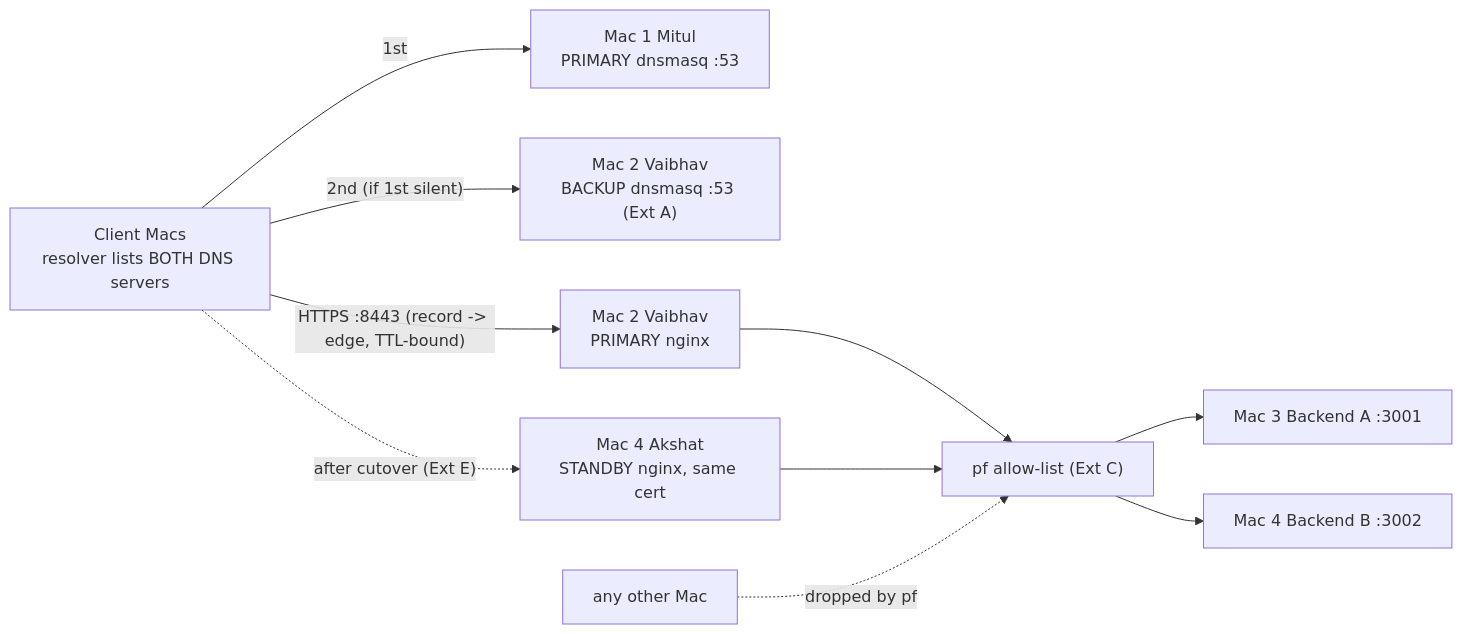
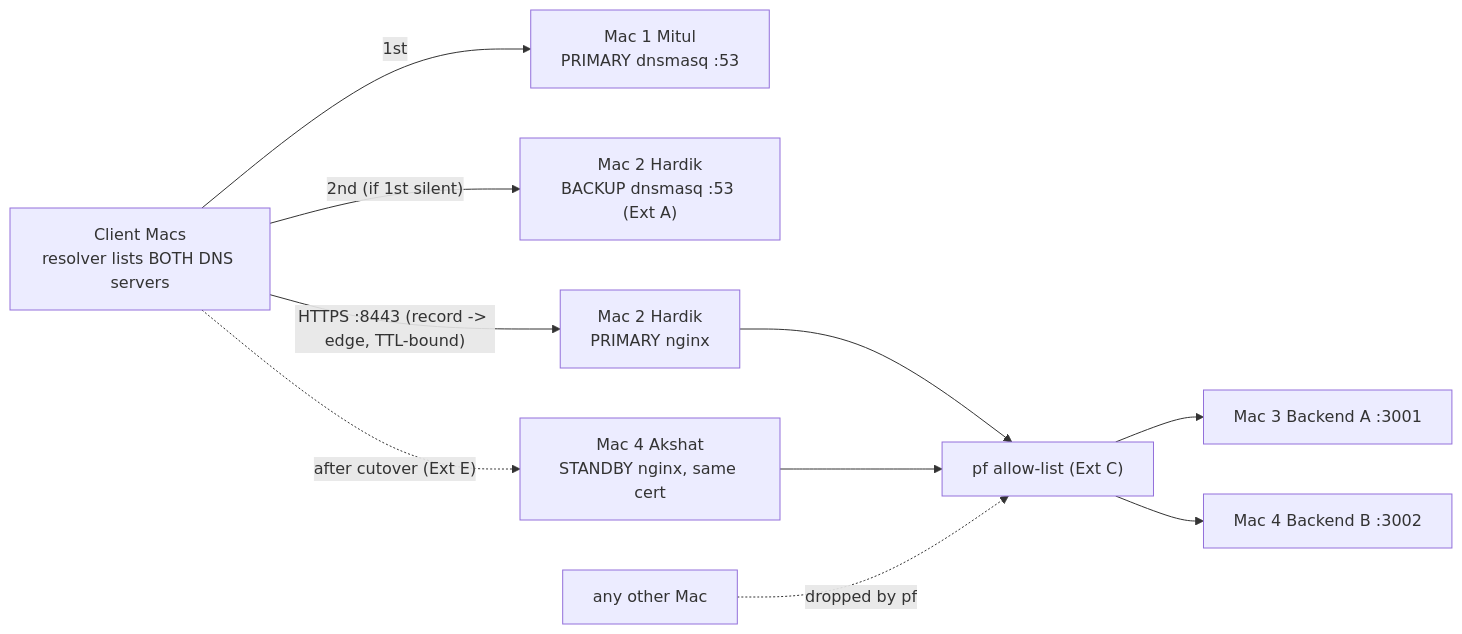
Before and after one commit to KartikMehra22/CN-Project: the seventh of 7 diagrams in docs/diagrams.md, drawn with Mermaid. The commit also changed other lines of this file and 38 other files, not shown here.

First line of the commit message:
refactor: swap Kartik Mehra and Prajwal (Mac 2 = Kartik Mehra edge, Mac 3 = Prajwal Backend A) (#3)

````diff
--- a/docs/diagrams.md
+++ b/docs/diagrams.md
@@ -80,12 +80,12 @@
 ```mermaid
 flowchart LR
   C["Client Macs<br/>resolver lists BOTH DNS servers"] -->|"1st"| D1["Mac 1 Mitul<br/>PRIMARY dnsmasq :53"]
-  C -->|"2nd (if 1st silent)"| D2["Mac 2 Vaibhav<br/>BACKUP dnsmasq :53 (Ext A)"]
-  C -->|"HTTPS :8443 (record -> edge, TTL-bound)"| E1["Mac 2 Vaibhav<br/>PRIMARY nginx"]
+  C -->|"2nd (if 1st silent)"| D2["Mac 2 Hardik<br/>BACKUP dnsmasq :53 (Ext A)"]
+  C -->|"HTTPS :8443 (record -> edge, TTL-bound)"| E1["Mac 2 Hardik<br/>PRIMARY nginx"]
   C -.->|"after cutover (Ext E)"| E2["Mac 4 Akshat<br/>STANDBY nginx, same cert"]
   E1 --> FA["pf allow-list (Ext C)"]
   E2 --> FA
   FA --> BA["Mac 3 Backend A :3001"]
   FA --> BB["Mac 4 Backend B :3002"]
   X["any other Mac"] -. "dropped by pf" .-> FA
 ```
````
